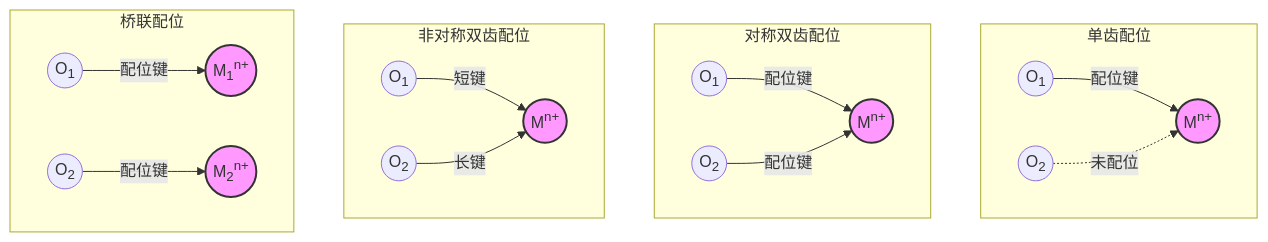
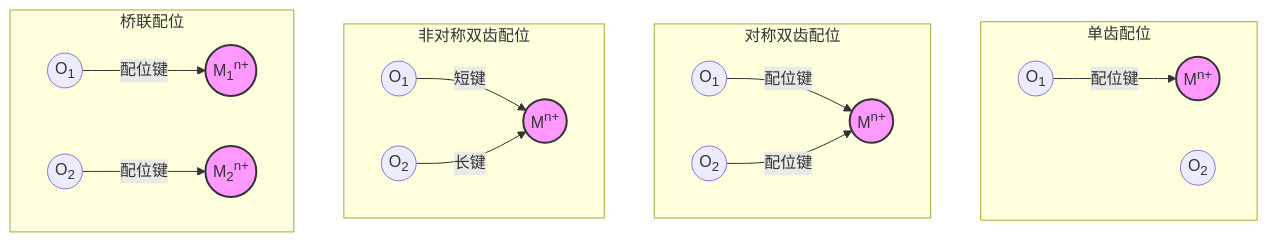
One commit to gxf1212/mendelevium changed the first of 2 diagrams in _pages/Specific Sytems/Metal/2026-04-02-metalkb-metal-binding-site-prediction.md. Above: the diagram before and after it, drawn with Mermaid. The commit also changed other lines of this file and 3 other files, not shown here.

````diff
--- a/_pages/Specific Sytems/Metal/2026-04-02-metalkb-metal-binding-site-prediction.md
+++ b/_pages/Specific Sytems/Metal/2026-04-02-metalkb-metal-binding-site-prediction.md
@@ -183,28 +142,28 @@
 ```mermaid
 graph TB
     subgraph S1[单齿配位]
         O1((O<sub>1</sub>)) -->|配位键| M1((M<sup>n+</sup>))
-        O2((O<sub>2</sub>)) -.未配位.-> M1
+        O2((O<sub>2</sub>))
     end
 
     subgraph S2[对称双齿配位]
         O3((O<sub>1</sub>)) -->|配位键| M2((M<sup>n+</sup>))
         O4((O<sub>2</sub>)) -->|配位键| M2
     end
 
     subgraph S3[非对称双齿配位]
         O5((O<sub>1</sub>)) -->|短键| M3((M<sup>n+</sup>))
         O6((O<sub>2</sub>)) -->|长键| M3
     end
 
     subgraph S4[桥联配位]
         O7((O<sub>1</sub>)) -->|配位键| M4a((M<sub>1</sub><sup>n+</sup>))
         O8((O<sub>2</sub>)) -->|配位键| M4b((M<sub>2</sub><sup>n+</sup>))
     end
 
     style M1 fill:#f9f,stroke:#333,stroke-width:2px
     style M2 fill:#f9f,stroke:#333,stroke-width:2px
     style M3 fill:#f9f,stroke:#333,stroke-width:2px
     style M4a fill:#f9f,stroke:#333,stroke-width:2px
     style M4b fill:#f9f,stroke:#333,stroke-width:2px
 ```
````
